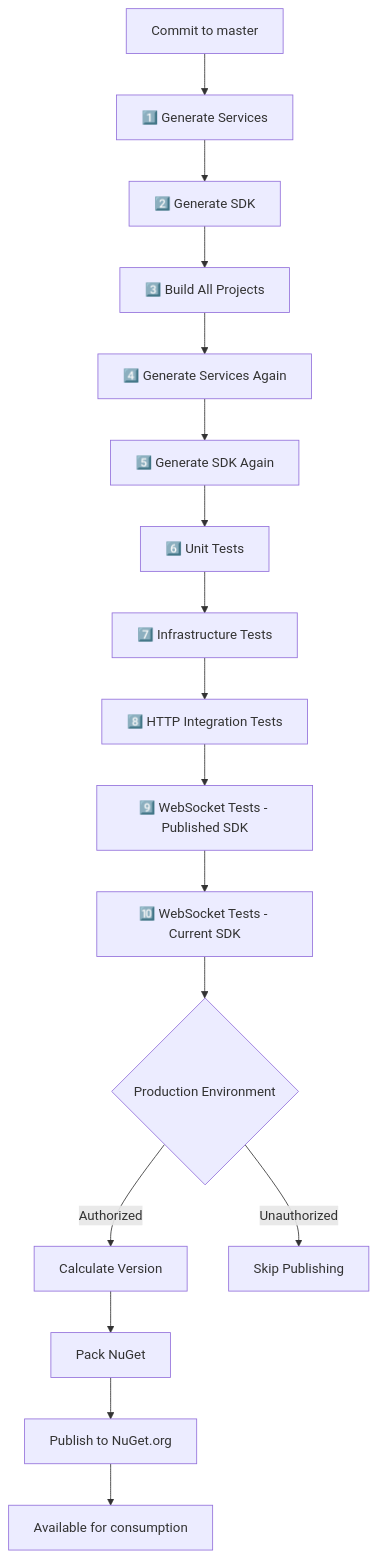
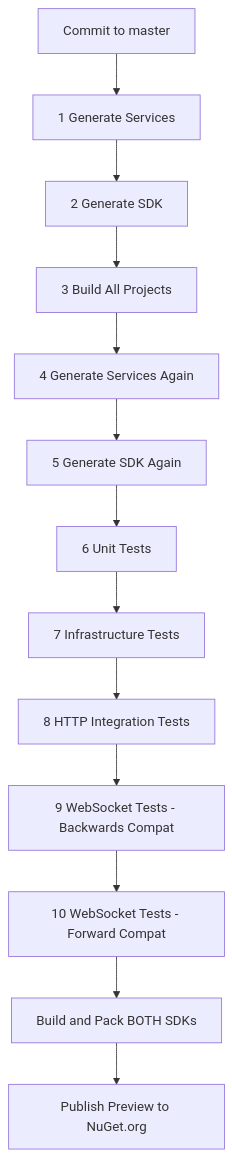
The diagram in NUGET-SETUP.md (beyond-immersion/bannou-service), drawn with Mermaid before and after one commit. The commit also changed other lines of this file and 21 other files, not shown here.

````diff
--- a/NUGET-SETUP.md
+++ b/NUGET-SETUP.md
@@ -68,19 +105,15 @@
 ```mermaid
 graph TD
-    A[Commit to master] --> B[1️⃣ Generate Services]
-    B --> C[2️⃣ Generate SDK]
-    C --> D[3️⃣ Build All Projects]
-    D --> E[4️⃣ Generate Services Again]
-    E --> F[5️⃣ Generate SDK Again]
-    F --> G[6️⃣ Unit Tests]
-    G --> H[7️⃣ Infrastructure Tests]
-    H --> I[8️⃣ HTTP Integration Tests]
-    I --> J[9️⃣ WebSocket Tests - Published SDK]
-    J --> K[🔟 WebSocket Tests - Current SDK]
-    K --> L{Production Environment}
-    L -->|Authorized| M[Calculate Version]
-    M --> N[Pack NuGet]
-    N --> O[Publish to NuGet.org]
-    O --> P[Available for consumption]
-    L -->|Unauthorized| Q[Skip Publishing]
+    A[Commit to master] --> B[1 Generate Services]
+    B --> C[2 Generate SDK]
+    C --> D[3 Build All Projects]
+    D --> E[4 Generate Services Again]
+    E --> F[5 Generate SDK Again]
+    F --> G[6 Unit Tests]
+    G --> H[7 Infrastructure Tests]
+    H --> I[8 HTTP Integration Tests]
+    I --> J[9 WebSocket Tests - Backwards Compat]
+    J --> K[10 WebSocket Tests - Forward Compat]
+    K --> L[Build and Pack BOTH SDKs]
+    L --> M[Publish Preview to NuGet.org]
 ```
````
